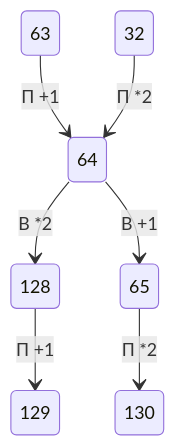
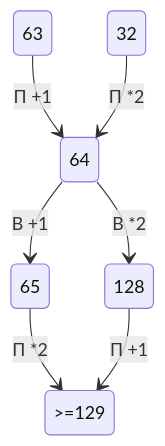
One commit to lyctpu/ege changed the second of 3 diagrams in 2023demo/19-21.md. Above: the diagram before and after it, drawn with Mermaid. The commit also changed other lines of this file, not shown here.

````diff
--- a/2023demo/19-21.md
+++ b/2023demo/19-21.md
@@ -13,10 +13,10 @@
 ```mermaid
 stateDiagram-v2
 
 63-->64 :П +1
     32-->64 :П *2
     64-->128: В *2
     64-->65: В +1
-    65 --> 130:П *2
-    128 --> 129:П +1
+    65 --> >=129:П *2
+    128 --> >=129:П +1
 ```
````
